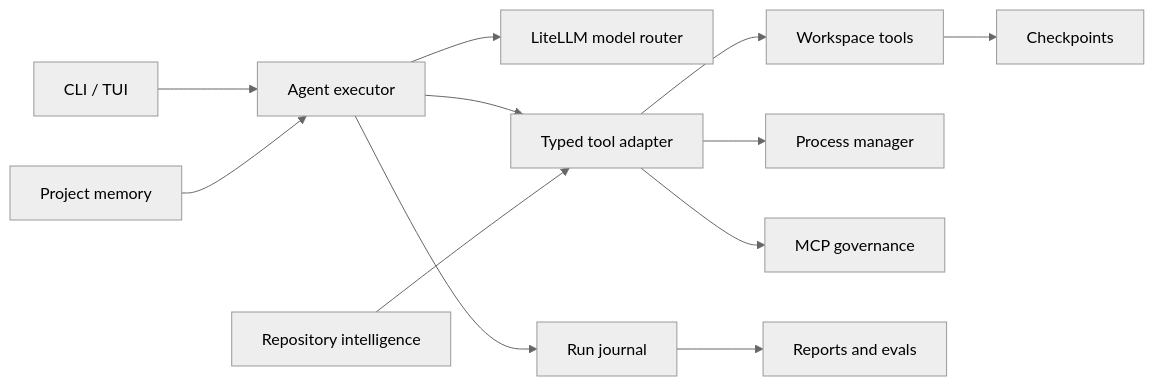
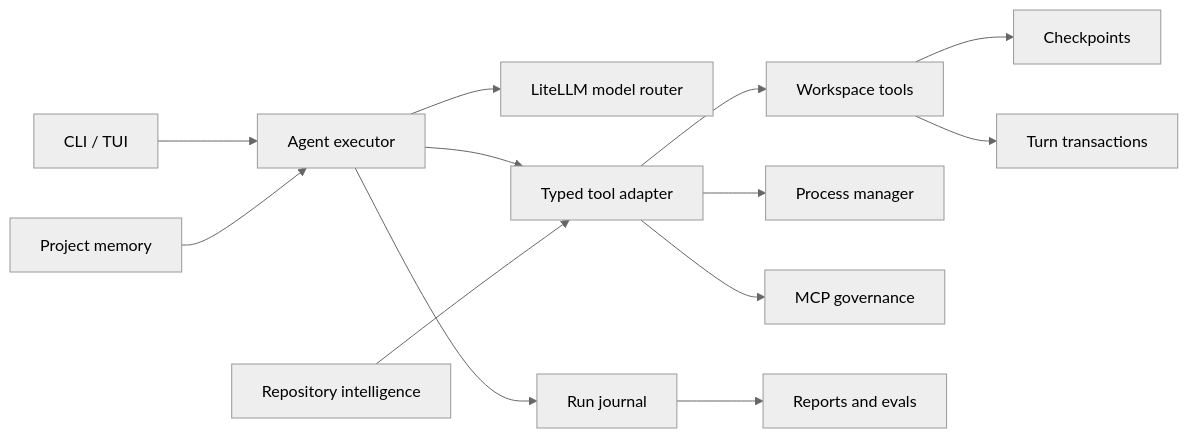
The diagram in docs/AGENT_RUNTIME.md (RithyBondeth/Apsara-Agentic-API), drawn with Mermaid (neutral theme) before and after one commit. The commit also changed other lines of this file and 25 other files, not shown here.

````diff
--- a/docs/AGENT_RUNTIME.md
+++ b/docs/AGENT_RUNTIME.md
@@ -6,14 +6,15 @@
 ```mermaid
 flowchart LR
   UI[CLI / TUI] --> EX[Agent executor]
   EX --> LLM[LiteLLM model router]
   EX --> TOOLS[Typed tool adapter]
   TOOLS --> FS[Workspace tools]
   TOOLS --> PROC[Process manager]
   TOOLS --> MCP[MCP governance]
   EX --> RUN[Run journal]
   FS --> CP[Checkpoints]
+  FS --> TURN[Turn transactions]
   RUN --> REPORT[Reports and evals]
   MEM[Project memory] --> EX
   MAP[Repository intelligence] --> TOOLS
 ```
````
